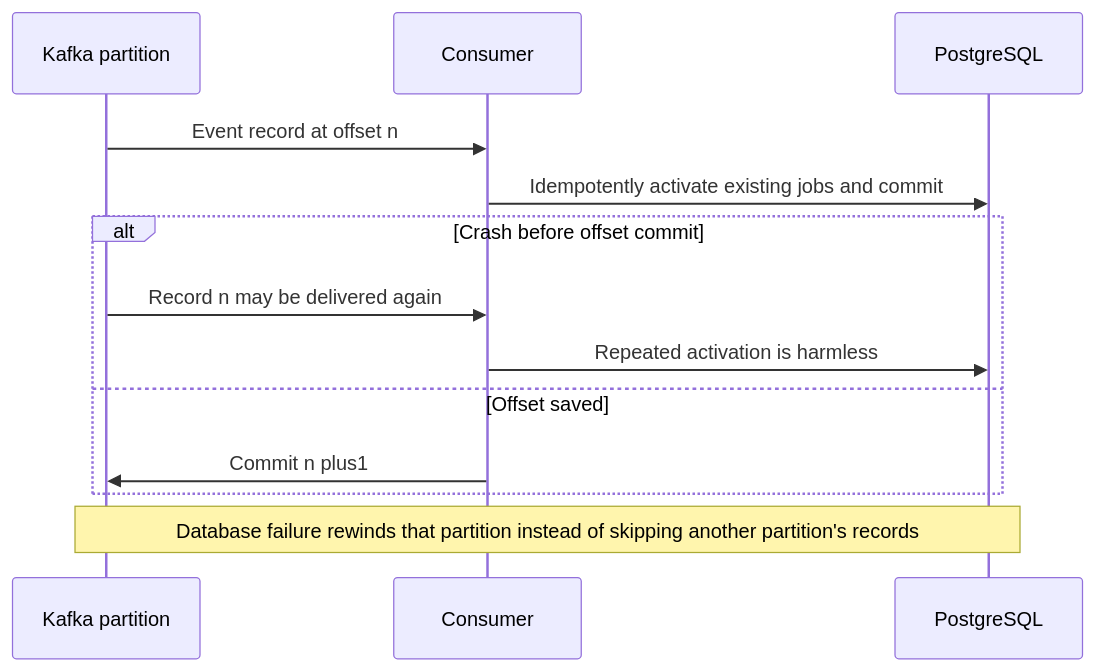
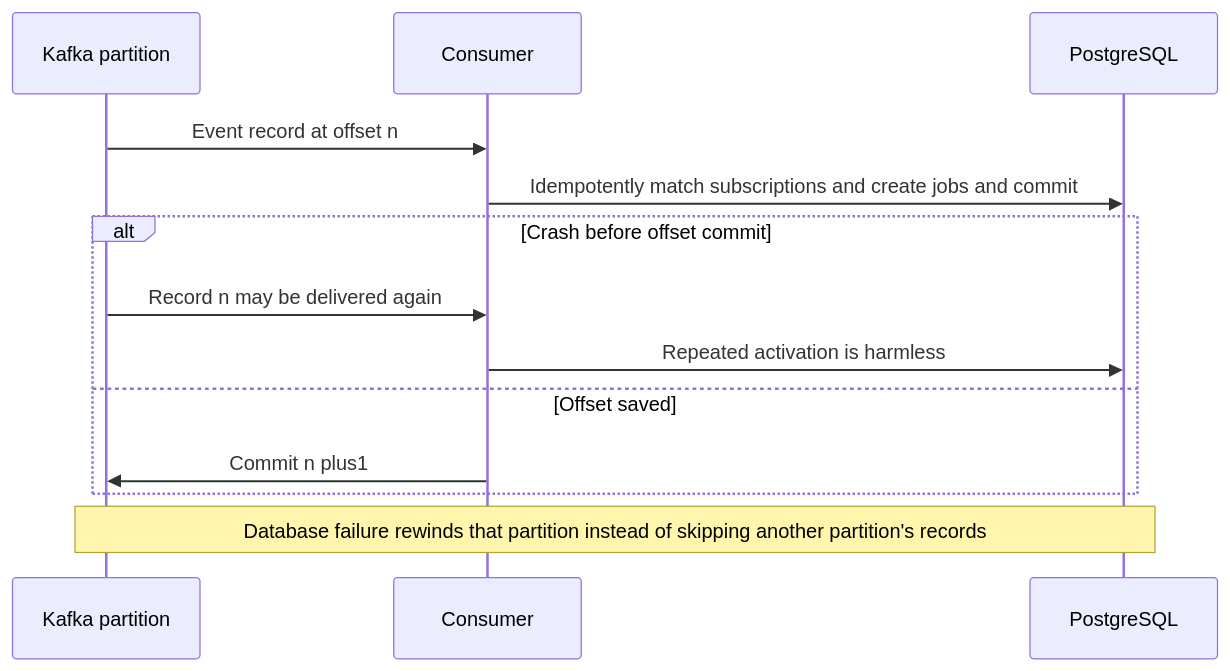
Before and after one commit to Sahil2237/notification-fanout: the third of 3 diagrams in docs/lld/kafka.md, drawn with Mermaid. The commit also changed other lines of this file and 16 other files, not shown here.

````diff
--- a/docs/lld/kafka.md
+++ b/docs/lld/kafka.md
@@ -60,15 +60,15 @@
 ```mermaid
 sequenceDiagram
     participant K as Kafka partition
     participant C as Consumer
     participant D as PostgreSQL
     K->>C: Event record at offset n
-    C->>D: Idempotently activate existing jobs and commit
+    C->>D: Idempotently match subscriptions and create jobs and commit
     alt Crash before offset commit
         K->>C: Record n may be delivered again
         C->>D: Repeated activation is harmless
     else Offset saved
         C->>K: Commit n plus1
     end
     Note over K,D: Database failure rewinds that partition instead of skipping another partition's records
 ```
````
